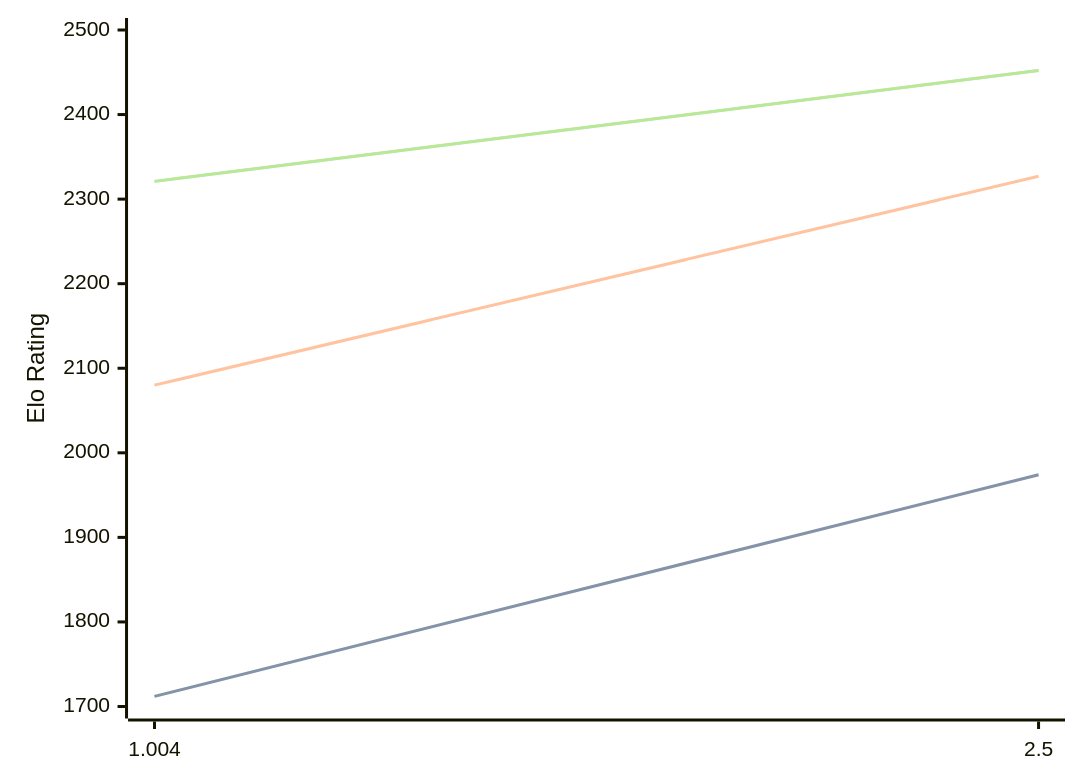
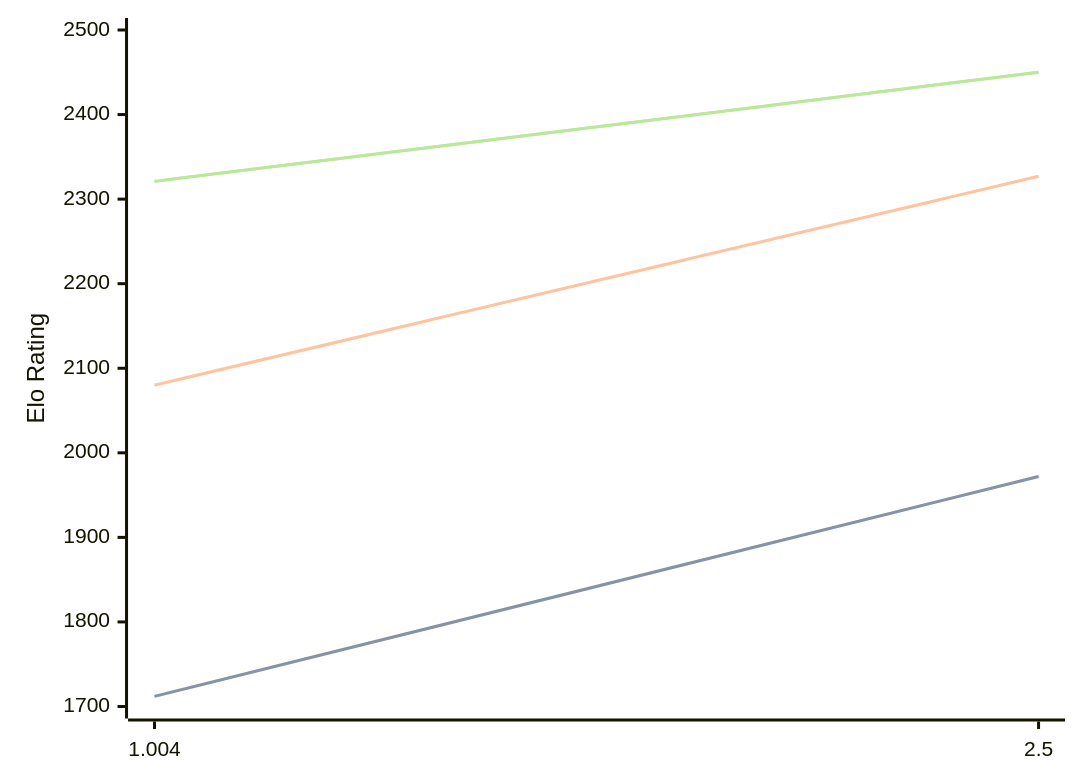
The diagram in engines/Ares.md (computer-chess-index/cci), drawn with Mermaid before and after one commit. The commit also changed other lines of this file, not shown here.

Commit message:
Update CCI Ratings (ELO VLTC) - 2026-10-01

````diff
--- a/engines/Ares.md
+++ b/engines/Ares.md
@@ -32,11 +32,11 @@
 ```mermaid
 %%{init: {"theme":"base","themeVariables":{"seriesColors:['#a3a3a3','#222221','#faa371']}}}%%
 xychart-beta
   x-axis ["1.004", "2.5"]
   y-axis "Elo Rating" 1700 --> 2500
-  line "" [1712, 1974]
-  line "STC (8.0+0.08s)" [1712, 1974]
+  line "" [1712, 1972]
+  line "STC (8.0+0.08s)" [1712, 1972]
   line "LTC (60.0+0.60s)" [2080, 2327]
-  line "" [2321, 2452]
-  line "VLTC (2m24s+1.12s)" [2321, 2452]
+  line "" [2321, 2450]
+  line "VLTC (2m24s+1.12s)" [2321, 2450]
 ```
````
